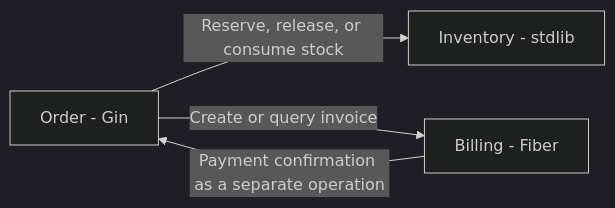
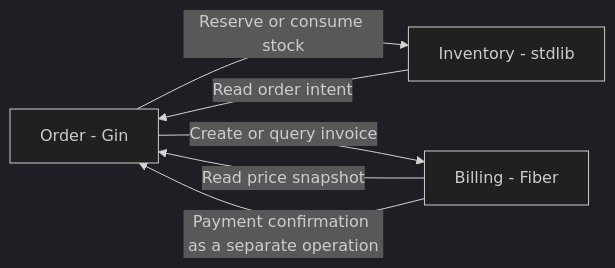
One commit to zoe606/gobase changed the second of 2 diagrams in docs/roadmap.md. Above: the diagram before and after it, drawn with Mermaid (dark theme). The commit also changed other lines of this file and 6 other files, not shown here.

````diff
--- a/docs/roadmap.md
+++ b/docs/roadmap.md
@@ -185,6 +185,8 @@
 ```mermaid
 flowchart LR
-    Order[Order - Gin] -->|Reserve, release, or consume stock| Inventory[Inventory - stdlib]
+    Order[Order - Gin] -->|Reserve or consume stock| Inventory[Inventory - stdlib]
+    Inventory -->|Read order intent| Order
     Order -->|Create or query invoice| Billing[Billing - Fiber]
+    Billing -->|Read price snapshot| Order
     Billing -->|Payment confirmation as a separate operation| Order
 ```
````
